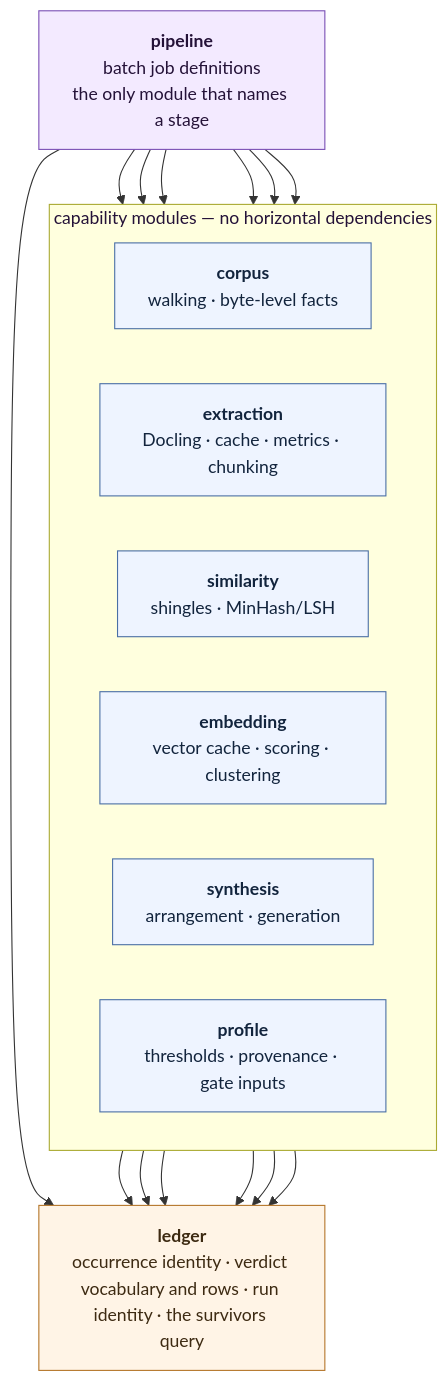
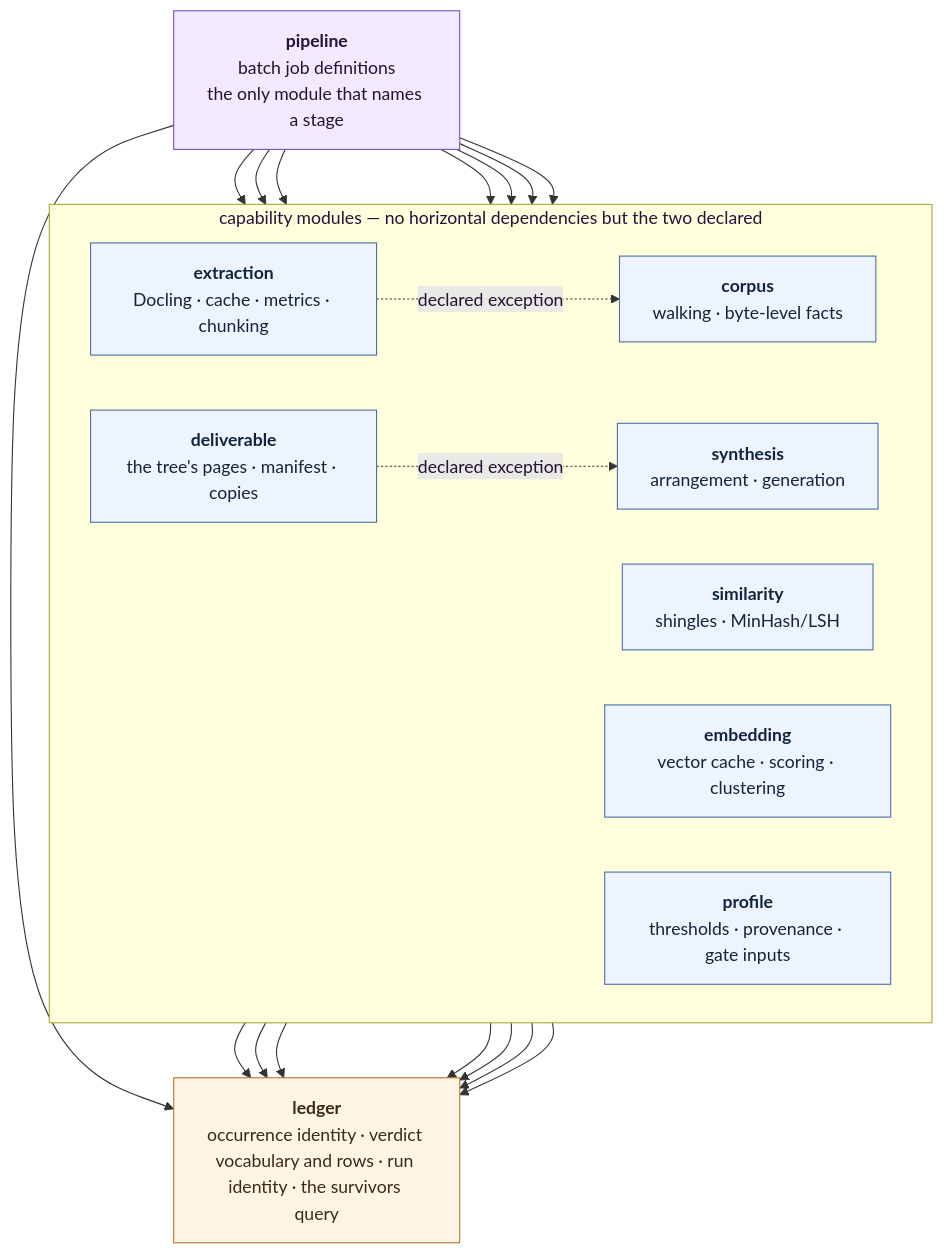
One commit to algernon28/vespera changed the fourth of 6 diagrams in docs/architecture.md. Above: the diagram before and after it, drawn with Mermaid. The commit also changed other lines of this file and 123 other files, not shown here.

````diff
--- a/docs/architecture.md
+++ b/docs/architecture.md
@@ -186,38 +187,43 @@
 ```mermaid
 flowchart TD
     PIPELINE["<b>pipeline</b><br/>batch job definitions<br/>the only module that names a stage"]
 
-    subgraph CAPABILITIES["capability modules — no horizontal dependencies"]
+    subgraph CAPABILITIES["capability modules — no horizontal dependencies but the two declared"]
         direction LR
         CORPUS["<b>corpus</b><br/>walking · byte-level facts"]
         EXTRACTION["<b>extraction</b><br/>Docling · cache · metrics · chunking"]
         SIMILARITY["<b>similarity</b><br/>shingles · MinHash/LSH"]
         EMBEDDING["<b>embedding</b><br/>vector cache · scoring · clustering"]
         SYNTHESIS["<b>synthesis</b><br/>arrangement · generation"]
         PROFILE["<b>profile</b><br/>thresholds · provenance · gate inputs"]
+        DELIVERABLE["<b>deliverable</b><br/>the tree's pages · manifest · copies"]
     end
 
     LEDGER["<b>ledger</b><br/>occurrence identity · verdict vocabulary and rows · run identity · the survivors query"]
 
     PIPELINE --> CORPUS
     PIPELINE --> EXTRACTION
     PIPELINE --> SIMILARITY
     PIPELINE --> EMBEDDING
     PIPELINE --> SYNTHESIS
     PIPELINE --> PROFILE
+    PIPELINE --> DELIVERABLE
     PIPELINE --> LEDGER
 
     CORPUS --> LEDGER
     EXTRACTION --> LEDGER
     SIMILARITY --> LEDGER
     EMBEDDING --> LEDGER
     SYNTHESIS --> LEDGER
     PROFILE --> LEDGER
+    DELIVERABLE --> LEDGER
+    DELIVERABLE -. declared exception .-> SYNTHESIS
+    EXTRACTION -. declared exception .-> CORPUS
 
     classDef root fill:#f3eaff,stroke:#7a4fb5,color:#241238
     classDef cap fill:#eef4ff,stroke:#4a6fa5,color:#12243d
     classDef core fill:#fff4e6,stroke:#b5762a,color:#3d2a12
     class PIPELINE root
-    class CORPUS,EXTRACTION,SIMILARITY,EMBEDDING,SYNTHESIS,PROFILE cap
+    class CORPUS,EXTRACTION,SIMILARITY,EMBEDDING,SYNTHESIS,PROFILE,DELIVERABLE cap
     class LEDGER core
 ```
````
